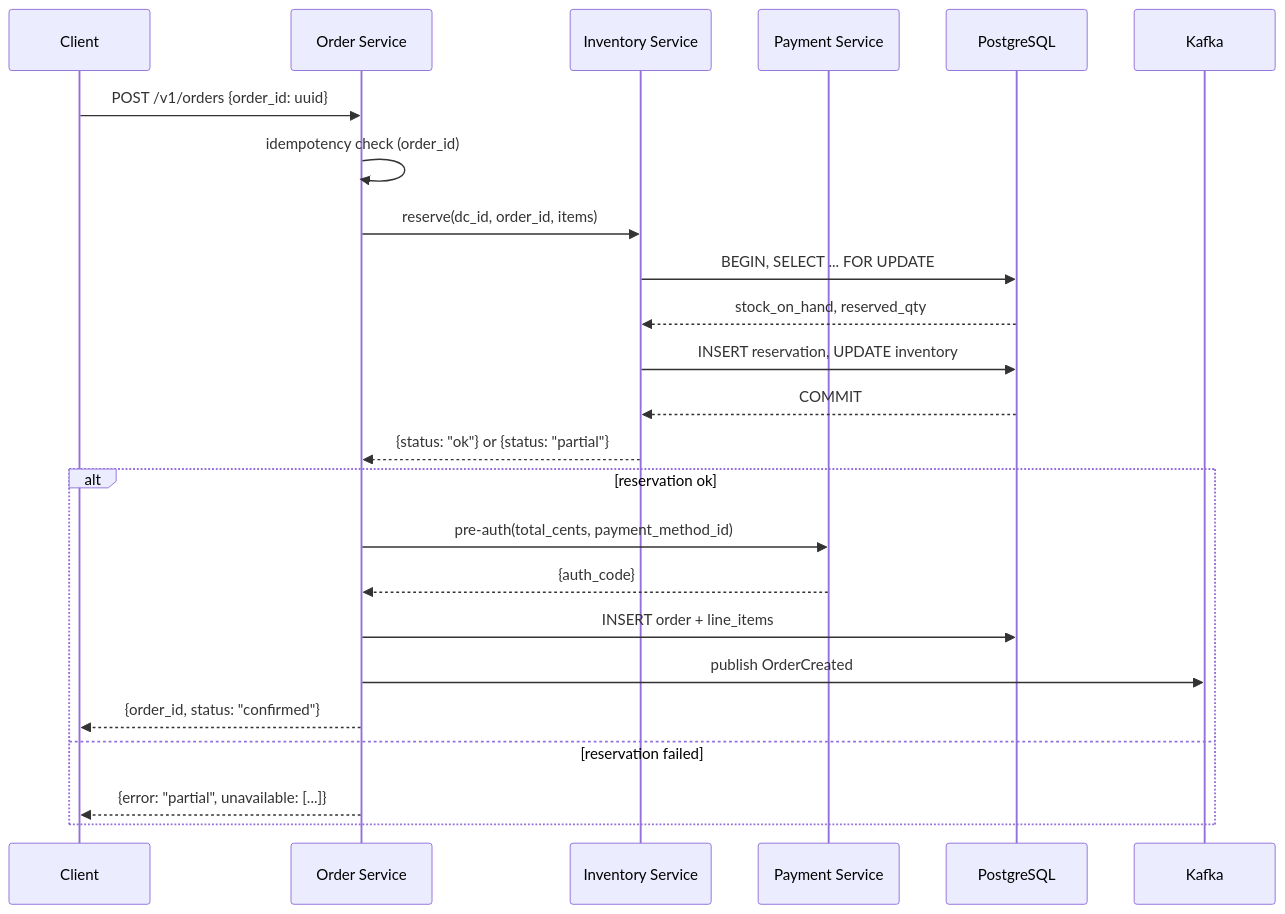
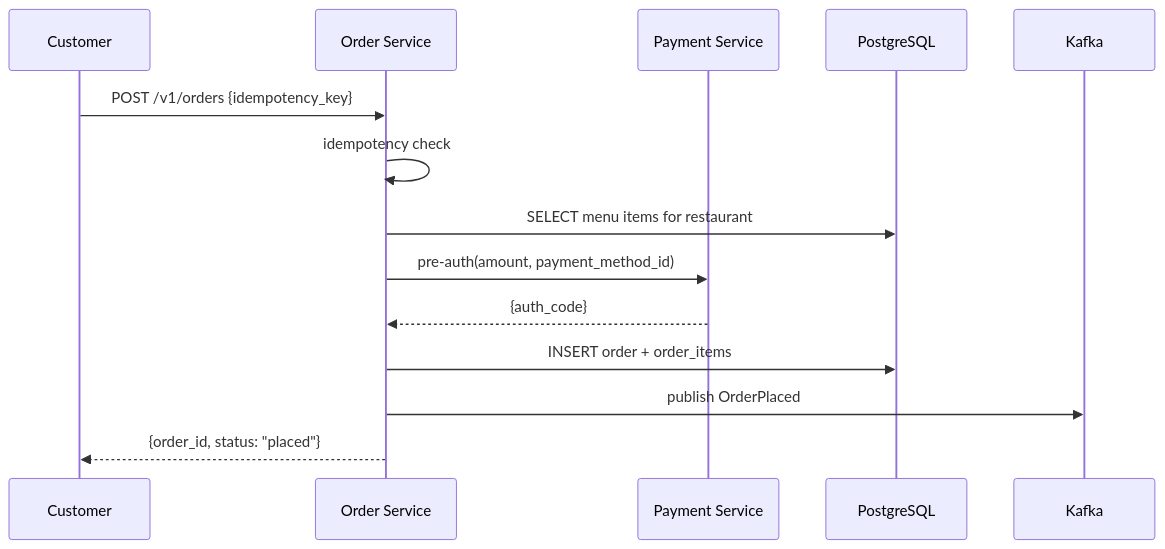
One commit to iliazlobin/iliazlobin.github.io changed the third of 3 diagrams in _posts/2026-06-29-system-design-local-delivery.md. Above: the diagram before and after it, drawn with Mermaid. The commit also changed other lines of this file and 45 other files, not shown here.

First line of the commit message:
Republish all posts from Notion: fix mermaid errors, drop §7 Trade-offs (#88)

````diff
--- a/_posts/2026-06-29-system-design-local-delivery.md
+++ b/_posts/2026-06-29-system-design-local-delivery.md
@@ -293,27 +201,17 @@
 ```mermaid
 sequenceDiagram
-    participant C as Client
+    participant C as Customer
     participant OS as Order Service
-    participant IS as Inventory Service
     participant PS as Payment Service
     participant DB as PostgreSQL
     participant K as Kafka
 
-    C->>OS: POST /v1/orders {order_id: uuid}
-    OS->>OS: idempotency check (order_id)
-    OS->>IS: reserve(dc_id, order_id, items)
-    IS->>DB: BEGIN, SELECT ... FOR UPDATE
-    DB-->>IS: stock_on_hand, reserved_qty
-    IS->>DB: INSERT reservation, UPDATE inventory
-    DB-->>IS: COMMIT
-    IS-->>OS: {status: "ok"} or {status: "partial"}
-    alt reservation ok
-        OS->>PS: pre-auth(total_cents, payment_method_id)
-        PS-->>OS: {auth_code}
-        OS->>DB: INSERT order + line_items
-        OS->>K: publish OrderCreated
-        OS-->>C: {order_id, status: "confirmed"}
-    else reservation failed
-        OS-->>C: {error: "partial", unavailable: [...]}
-    end
+    C->>OS: POST /v1/orders {idempotency_key}
+    OS->>OS: idempotency check
+    OS->>DB: SELECT menu items for restaurant
+    OS->>PS: pre-auth(amount, payment_method_id)
+    PS-->>OS: {auth_code}
+    OS->>DB: INSERT order + order_items
+    OS->>K: publish OrderPlaced
+    OS-->>C: {order_id, status: "placed"}
 ```
````
